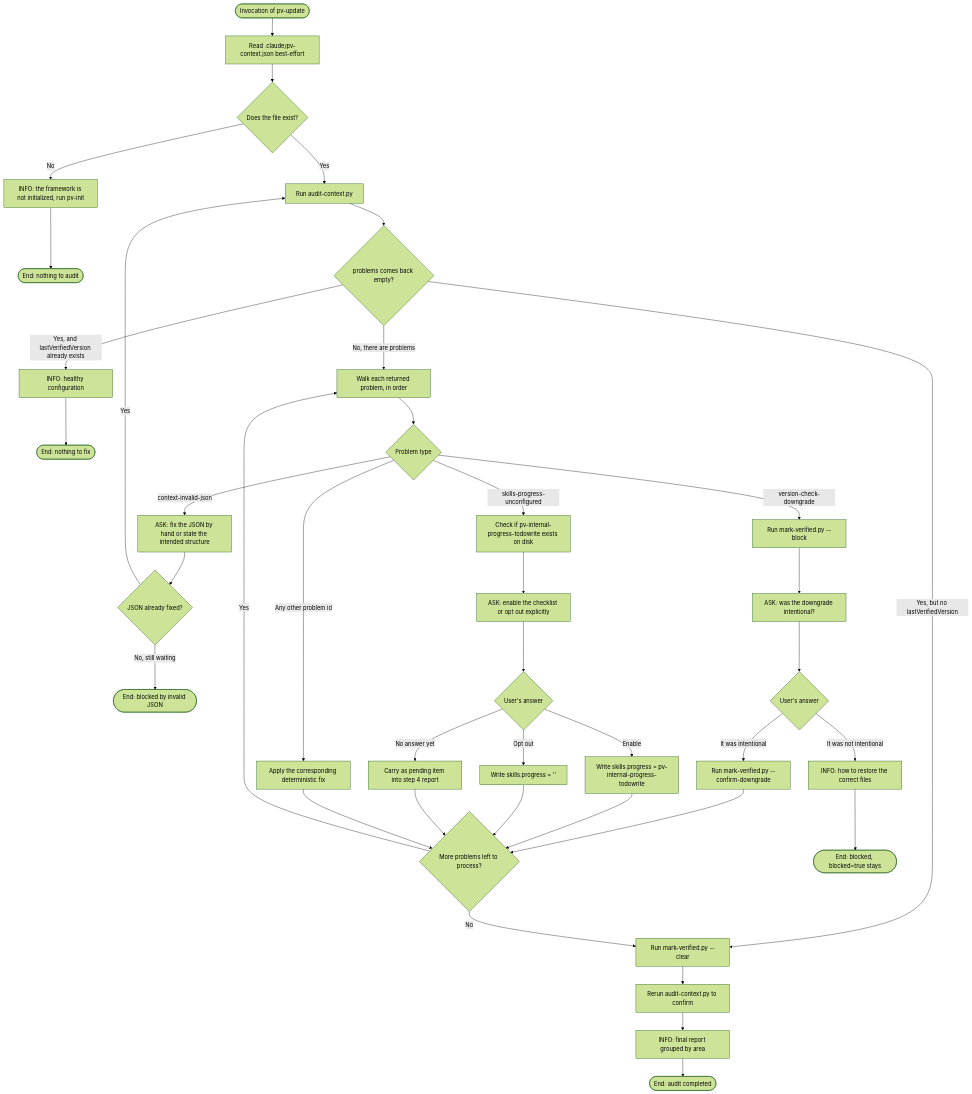
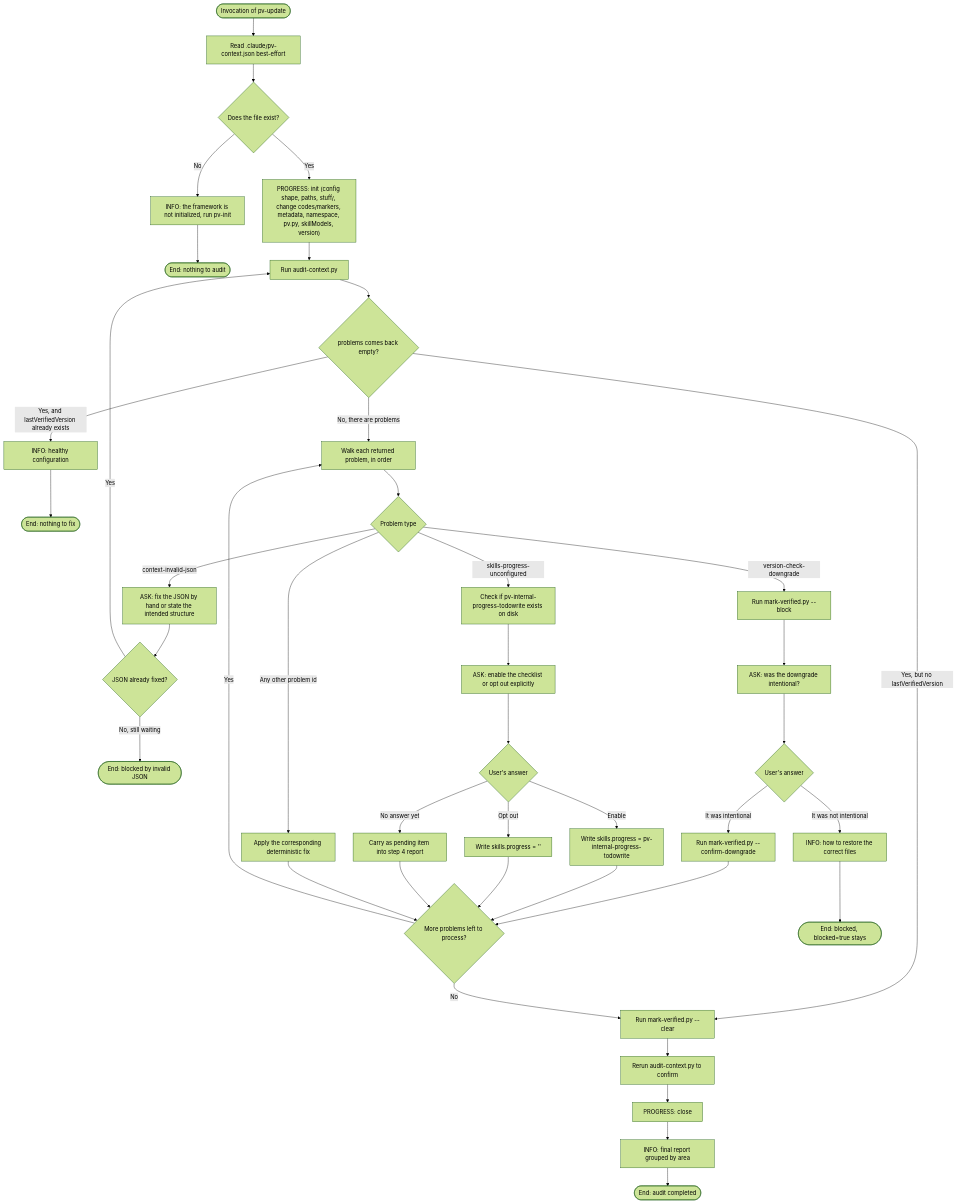
Before and after one commit to yeyopepe/previo-sdd: the diagram in .claude/skills/pv-update/workflow.audit.md, drawn with Mermaid (forest theme). The commit also changed 31 other files, not shown here.

Commit message:
Fixed: todo progress system Added: Version 0.9.8b3

````diff
--- a/.claude/skills/pv-update/workflow.audit.md
+++ b/.claude/skills/pv-update/workflow.audit.md
@@ -1,49 +1,52 @@
 ```mermaid
 flowchart TD
     Start([Invocation of pv-update])
 
     Start --> S1Read[Read .claude/pv-context.json best-effort]
     S1Read --> S1Exists{Does the file exist?}
     S1Exists -->|No| S1Info[INFO: the framework is not initialized, run pv-init]
     S1Info --> End1([End: nothing to audit])
-    S1Exists -->|Yes| S2Run
+    S1Exists -->|Yes| S15Init
+
+    S15Init["PROGRESS: init (config shape, paths, stuff/, change codes/markers, metadata, namespace, pv.py, skillModels, version)"] --> S2Run
 
     S2Run[Run audit-context.py] --> S2Empty{problems comes back empty?}
     S2Empty -->|Yes, and lastVerifiedVersion already exists| S2Healthy[INFO: healthy configuration]
     S2Healthy --> End2([End: nothing to fix])
     S2Empty -->|Yes, but no lastVerifiedVersion| S35Run
     S2Empty -->|No, there are problems| S3Loop
 
     S3Loop[Walk each returned problem, in order] --> S3Kind{Problem type}
     S3Kind -->|context-invalid-json| S3Invalid[ASK: fix the JSON by hand or state the intended structure]
     S3Invalid --> S3InvalidDec{JSON already fixed?}
     S3InvalidDec -->|Yes| S2Run
     S3InvalidDec -->|No, still waiting| End3Blocked([End: blocked by invalid JSON])
 
     S3Kind -->|version-check-downgrade| S3Downgrade[Run mark-verified.py --block]
     S3Downgrade --> S3DowngradeAsk[ASK: was the downgrade intentional?]
     S3DowngradeAsk --> S3DowngradeDec{User's answer}
     S3DowngradeDec -->|It was intentional| S3DowngradeConfirm[Run mark-verified.py --confirm-downgrade]
     S3DowngradeConfirm --> S3Next
     S3DowngradeDec -->|It was not intentional| S3DowngradeGuide[INFO: how to restore the correct files]
     S3DowngradeGuide --> End3Blocked2([End: blocked, blocked=true stays])
 
     S3Kind -->|skills-progress-unconfigured| S3Progress[Check if pv-internal-progress-todowrite exists on disk]
     S3Progress --> S3ProgressAsk[ASK: enable the checklist or opt out explicitly]
     S3ProgressAsk --> S3ProgressDec{User's answer}
     S3ProgressDec -->|Enable| S3ProgressEnable[Write skills.progress = pv-internal-progress-todowrite]
     S3ProgressEnable --> S3Next
     S3ProgressDec -->|Opt out| S3ProgressOptOut[Write skills.progress = '']
     S3ProgressOptOut --> S3Next
     S3ProgressDec -->|No answer yet| S3ProgressPending[Carry as pending item into step 4 report]
     S3ProgressPending --> S3Next
 
     S3Kind -->|Any other problem id| S3Fix[Apply the corresponding deterministic fix]
     S3Fix --> S3Next{More problems left to process?}
     S3Next -->|Yes| S3Loop
     S3Next -->|No| S35Run
 
     S35Run[Run mark-verified.py --clear] --> S4Rerun[Rerun audit-context.py to confirm]
-    S4Rerun --> S4Report[INFO: final report grouped by area]
+    S4Rerun --> S4Close[PROGRESS: close]
+    S4Close --> S4Report[INFO: final report grouped by area]
     S4Report --> EndOK([End: audit completed])
 ```
````
